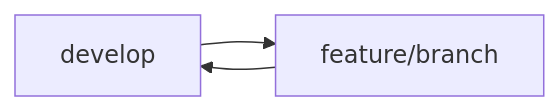
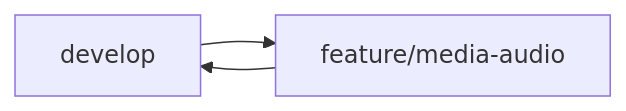
The diagram in docs/versioning.md (janlwy/test), drawn with Mermaid before and after one commit. The commit also changed other lines of this file, not shown here.

Commit message:
docs: Update versioning documentation for MediaBox with detailed branch and deployment strategies

````diff
--- a/docs/versioning.md
+++ b/docs/versioning.md
@@ -19,5 +21,5 @@
 ```mermaid
 graph LR
-    develop --> feature/branch
-    feature/branch --> develop
+    develop --> feature/media-audio
+    feature/media-audio --> develop
 ```
````
